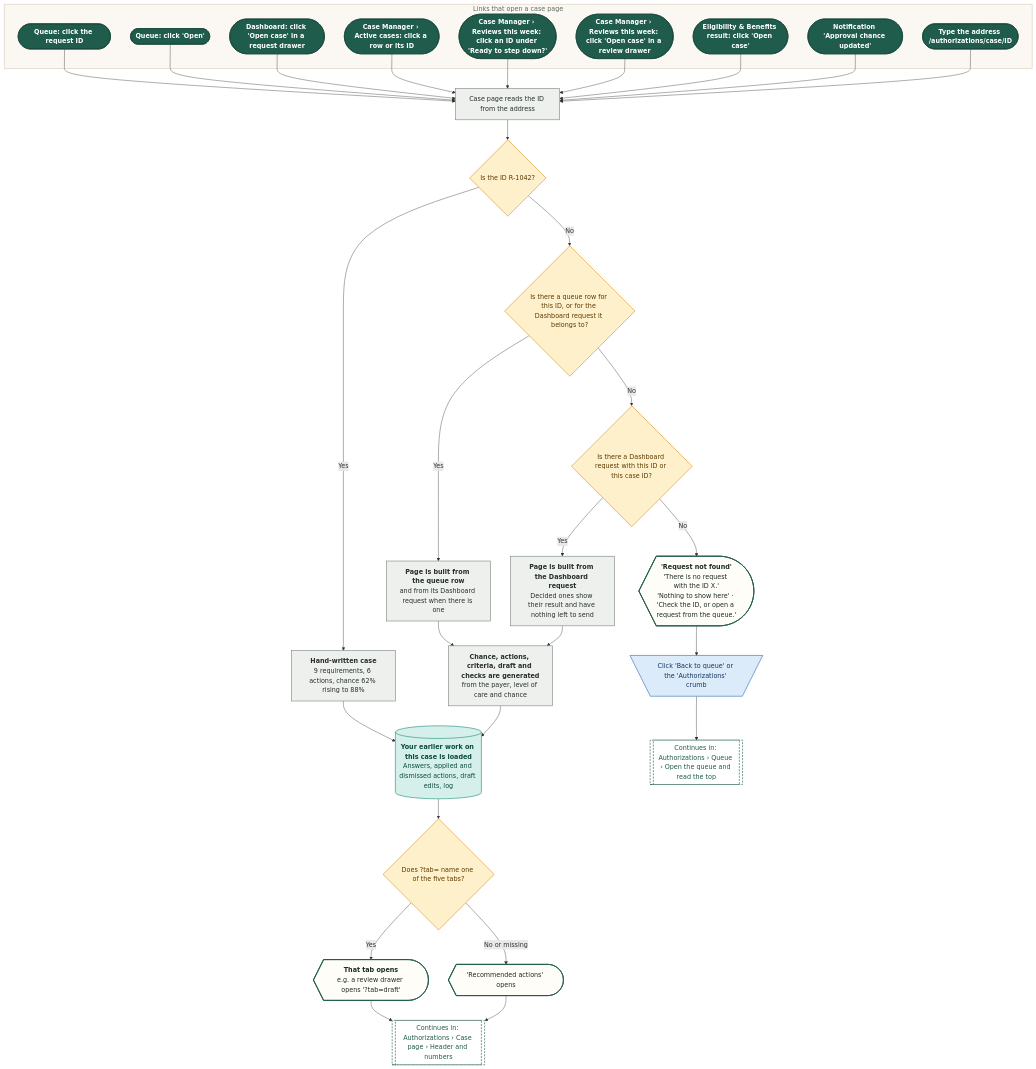
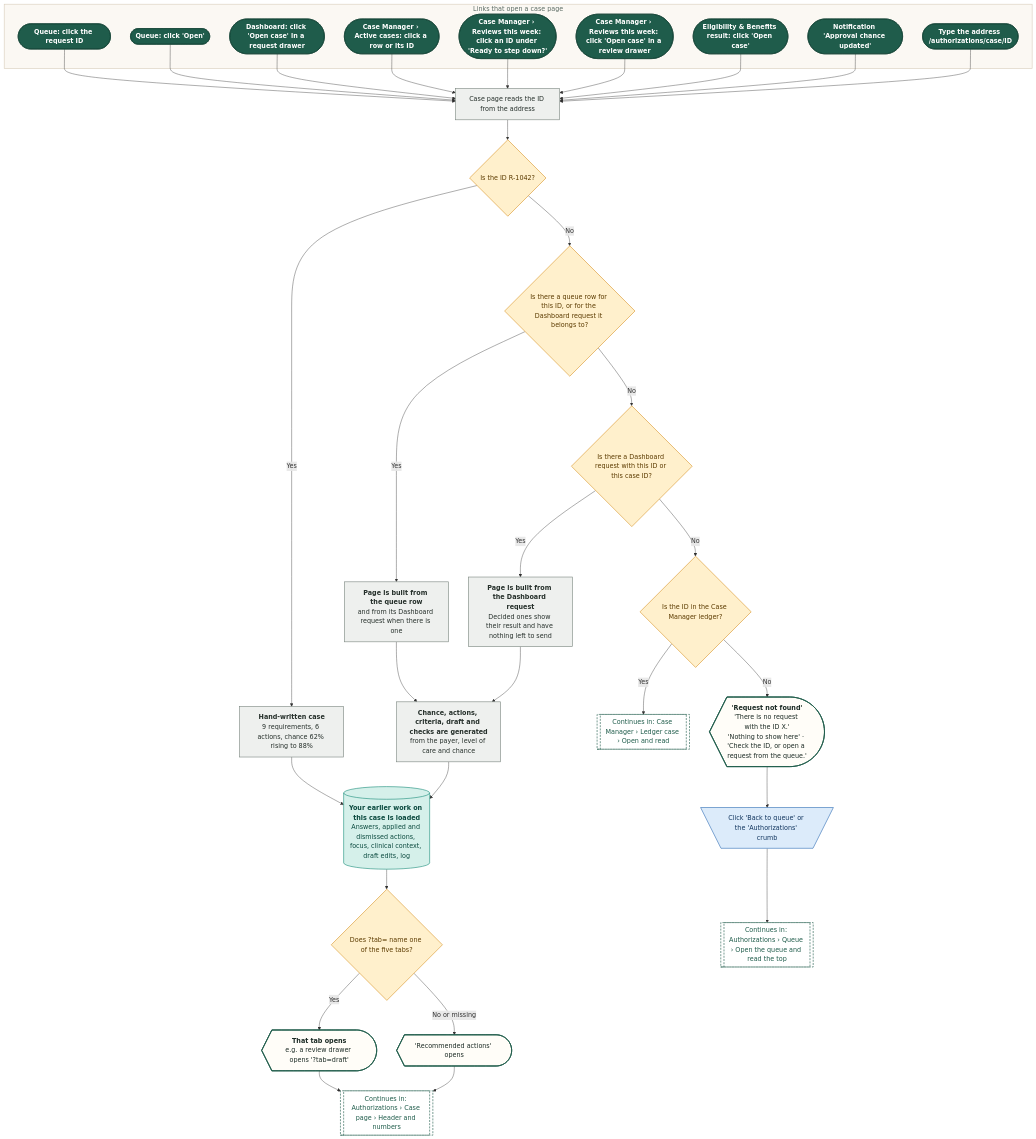
The sixth of 26 diagrams in demos/prior-auth-demo/workflows/out/md/03-authorizations.md (Shrav143/psyfloapp), drawn with Mermaid before and after one commit. The commit also changed other lines of this file and 195 other files, not shown here.

First line of the commit message:
docs: Rebuild workflow diagrams after the demo fixes (220 diagrams)

````diff
--- a/demos/prior-auth-demo/workflows/out/md/03-authorizations.md
+++ b/demos/prior-auth-demo/workflows/out/md/03-authorizations.md
@@ -428,76 +438,80 @@
 ```mermaid
 %%{init: {"theme":"base","themeVariables":{"fontFamily":"'DM Sans', 'Segoe UI', system-ui, sans-serif","fontSize":"15px","lineColor":"#5B6B63","primaryTextColor":"#1C2B25","clusterBkg":"#FBF8F3","clusterBorder":"#D9CDBB","edgeLabelBackground":"#FFFFFF"},"flowchart":{"curve":"basis","nodeSpacing":36,"rankSpacing":48,"padding":12,"htmlLabels":true,"useMaxWidth":false,"wrappingWidth":230}} }%%
 flowchart TD
   classDef k_start fill:#1F5C4B,stroke:#174638,color:#FFFFFF,stroke-width:1.5px,font-weight:600
   classDef k_end fill:#DDEFE3,stroke:#2E7D4F,color:#14502F,stroke-width:1.5px,font-weight:600
   classDef k_endx fill:#FBE3E0,stroke:#C0392B,color:#7A1F16,stroke-width:1.5px,font-weight:600
   classDef k_screen fill:#FFFDF8,stroke:#1F5C4B,color:#1C2B25,stroke-width:2px
   classDef k_overlay fill:#F1F7F3,stroke:#1F5C4B,color:#1C2B25,stroke-width:2px,stroke-dasharray:5 3
   classDef k_click fill:#DCEBFA,stroke:#2F6DB5,color:#12365F,stroke-width:1.5px
   classDef k_input fill:#E4E7FF,stroke:#4C5FD5,color:#1D2670,stroke-width:1.5px
   classDef k_process fill:#EEF0EE,stroke:#7A857F,color:#26302B,stroke-width:1.5px
   classDef k_agent fill:#EEE5FA,stroke:#7A4FC2,color:#341A63,stroke-width:1.5px
   classDef k_decision fill:#FFF0CC,stroke:#D9962B,color:#5C3B00,stroke-width:1.5px
   classDef k_store fill:#D5F0EA,stroke:#1C8E7B,color:#0B4A3F,stroke-width:1.5px
   classDef k_doc fill:#F6E9DC,stroke:#B07A4C,color:#4A2E14,stroke-width:1.5px
   classDef k_ext fill:#FFE6D2,stroke:#E07B39,color:#6B2F06,stroke-width:1.5px
   classDef k_wait fill:#E4E8EE,stroke:#6B7C93,color:#26303D,stroke-width:1.5px
   classDef k_toast fill:#FFF9DB,stroke:#C9A400,color:#5A4A00,stroke-width:1.5px
   classDef k_goto fill:#FFFFFF,stroke:#1F5C4B,color:#1F5C4B,stroke-width:1.5px,stroke-dasharray:5 3
   subgraph gIn ["Links that open a case page"]
   a1@{ shape: stadium, label: "Queue: click the request ID" }
   a2@{ shape: stadium, label: "Queue: click 'Open'" }
   a3@{ shape: stadium, label: "Dashboard: click 'Open case' in a request drawer" }
   a4@{ shape: stadium, label: "Case Manager › Active cases: click a row or its ID" }
   a5@{ shape: stadium, label: "Case Manager › Reviews this week: click an ID under 'Ready to step down?'" }
   a6@{ shape: stadium, label: "Case Manager › Reviews this week: click 'Open case' in a review drawer" }
   a7@{ shape: stadium, label: "Eligibility & Benefits result: click 'Open case'" }
   a8@{ shape: stadium, label: "Notification 'Approval chance updated'" }
   a9@{ shape: stadium, label: "Type the address /authorizations/case/ID" }
   end
   r0@{ shape: rect, label: "Case page reads the ID from the address" }
   d1@{ shape: diam, label: "Is the ID R-1042?" }
   hand@{ shape: rect, label: "<b>Hand-written case</b><br/>9 requirements, 6 actions, chance 62% rising to 88%" }
   d2@{ shape: diam, label: "Is there a queue row for this ID, or for the Dashboard request it belongs to?" }
   fq@{ shape: rect, label: "<b>Page is built from the queue row</b><br/>and from its Dashboard request when there is one" }
   d3@{ shape: diam, label: "Is there a Dashboard request with this ID or this case ID?" }
   fr@{ shape: rect, label: "<b>Page is built from the Dashboard request</b><br/>Decided ones show their result and have nothing left to send" }
   gen@{ shape: rect, label: "<b>Chance, actions, criteria, draft and checks are generated</b><br/>from the payer, level of care and chance" }
+  d5@{ shape: diam, label: "Is the ID in the Case Manager ledger?" }
+  gL@{ shape: subproc, label: "Continues in: Case Manager › Ledger case › Open and read" }
   nf@{ shape: curv-trap, label: "<b>'Request not found'</b><br/>'There is no request with the ID X.'<br/>'Nothing to show here' · 'Check the ID, or open a request from the queue.'" }
   bq@{ shape: trap-t, label: "Click 'Back to queue' or the 'Authorizations' crumb" }
   gQ@{ shape: subproc, label: "Continues in: Authorizations › Queue › Open the queue and read the top" }
-  ld@{ shape: cyl, label: "<b>Your earlier work on this case is loaded</b><br/>Answers, applied and dismissed actions, draft edits, log" }
+  ld@{ shape: cyl, label: "<b>Your earlier work on this case is loaded</b><br/>Answers, applied and dismissed actions, focus, clinical context, draft edits, log" }
   d4@{ shape: diam, label: "Does ?tab= name one of the five tabs?" }
   tab1@{ shape: curv-trap, label: "<b>That tab opens</b><br/>e.g. a review drawer opens '?tab=draft'" }
   tab0@{ shape: curv-trap, label: "'Recommended actions' opens" }
   gH@{ shape: subproc, label: "Continues in: Authorizations › Case page › Header and numbers" }
   a1 --> r0
   a2 --> r0
   a3 --> r0
   a4 --> r0
   a5 --> r0
   a6 --> r0
   a7 --> r0
   a8 --> r0
   a9 --> r0
   r0 --> d1
   d1 -->|"Yes"| hand --> ld
   d1 -->|"No"| d2
   d2 -->|"Yes"| fq --> gen
   d2 -->|"No"| d3
   d3 -->|"Yes"| fr --> gen
-  d3 -->|"No"| nf
+  d3 -->|"No"| d5
+  d5 -->|"Yes"| gL
+  d5 -->|"No"| nf
   nf --> bq --> gQ
   gen --> ld
   ld --> d4
   d4 -->|"Yes"| tab1 --> gH
   d4 -->|"No or missing"| tab0 --> gH
   class a1,a2,a3,a4,a5,a6,a7,a8,a9 k_start
   class r0,hand,fq,fr,gen k_process
-  class d1,d2,d3,d4 k_decision
+  class d1,d2,d3,d5,d4 k_decision
+  class gL,gQ,gH k_goto
   class nf,tab1,tab0 k_screen
   class bq k_click
-  class gQ,gH k_goto
   class ld k_store
   style gIn fill:#FBF8F3,stroke:#D9CDBB,stroke-width:1.5px,color:#5B6B63
 ```
````
